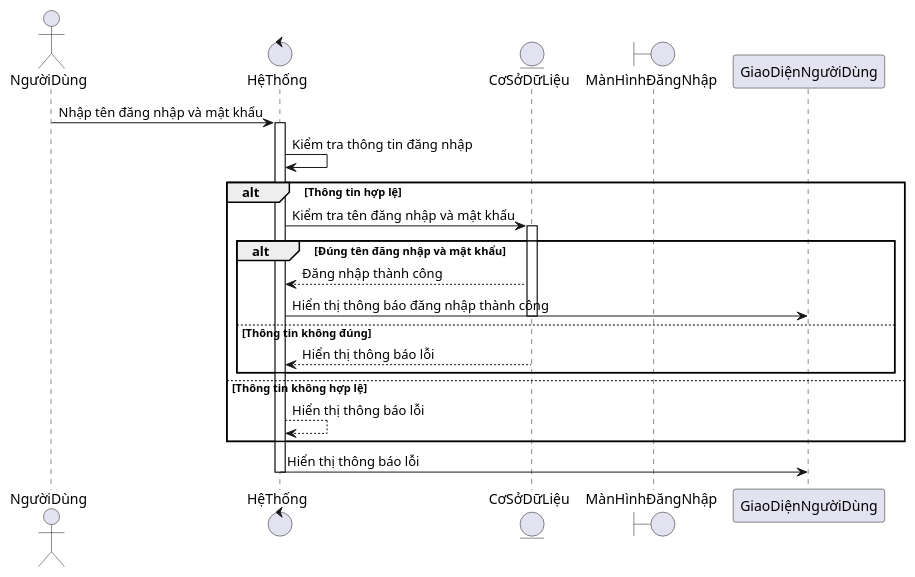
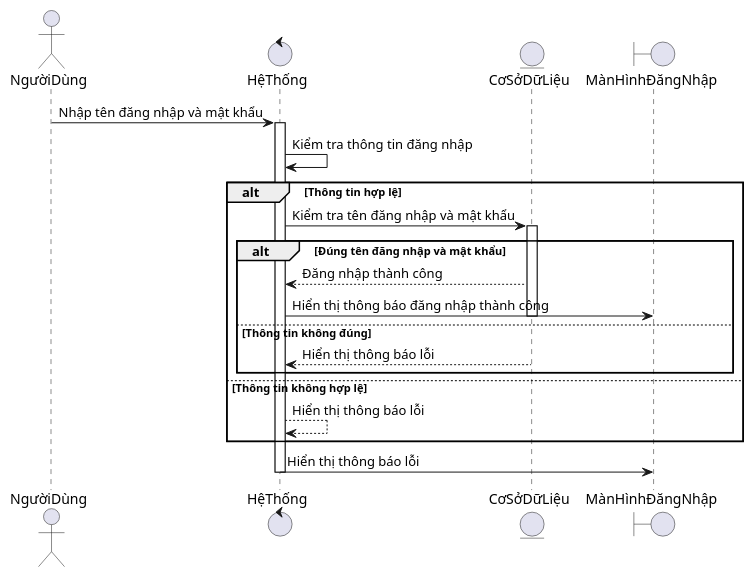
One commit to Khoitran0205/SE357-Pratice-class changed the diagram in lab1.2/sequence_diagrams/login.plantuml. Above: the diagram before and after it, drawn with PlantUML. The commit also changed 2 other files, not shown here.

Commit message:
register sequence

```diff
--- a/lab1.2/sequence_diagrams/login.plantuml
+++ b/lab1.2/sequence_diagrams/login.plantuml
@@ -1,30 +1,30 @@
 @startuml login_sequence_diagram
 
 actor NgườiDùng
 control HệThống
 entity CơSởDữLiệu
 boundary MànHìnhĐăngNhập
 
 NgườiDùng -> HệThống: Nhập tên đăng nhập và mật khẩu
 activate HệThống
 
 HệThống -> HệThống: Kiểm tra thông tin đăng nhập
 alt Thông tin hợp lệ
   HệThống -> CơSởDữLiệu: Kiểm tra tên đăng nhập và mật khẩu
   activate CơSởDữLiệu
   alt Đúng tên đăng nhập và mật khẩu
     CơSởDữLiệu --> HệThống: Đăng nhập thành công
-    HệThống -> GiaoDiệnNgườiDùng: Hiển thị thông báo đăng nhập thành công
+    HệThống -> MànHìnhĐăngNhập: Hiển thị thông báo đăng nhập thành công
     deactivate CơSởDữLiệu
   else Thông tin không đúng
     CơSởDữLiệu --> HệThống: Hiển thị thông báo lỗi
     deactivate CơSởDữLiệu
   end
 else Thông tin không hợp lệ
   HệThống --> HệThống: Hiển thị thông báo lỗi
 end
 
-HệThống -> GiaoDiệnNgườiDùng: Hiển thị thông báo lỗi
+HệThống -> MànHìnhĐăngNhập: Hiển thị thông báo lỗi
 deactivate HệThống
 
 @enduml
```
